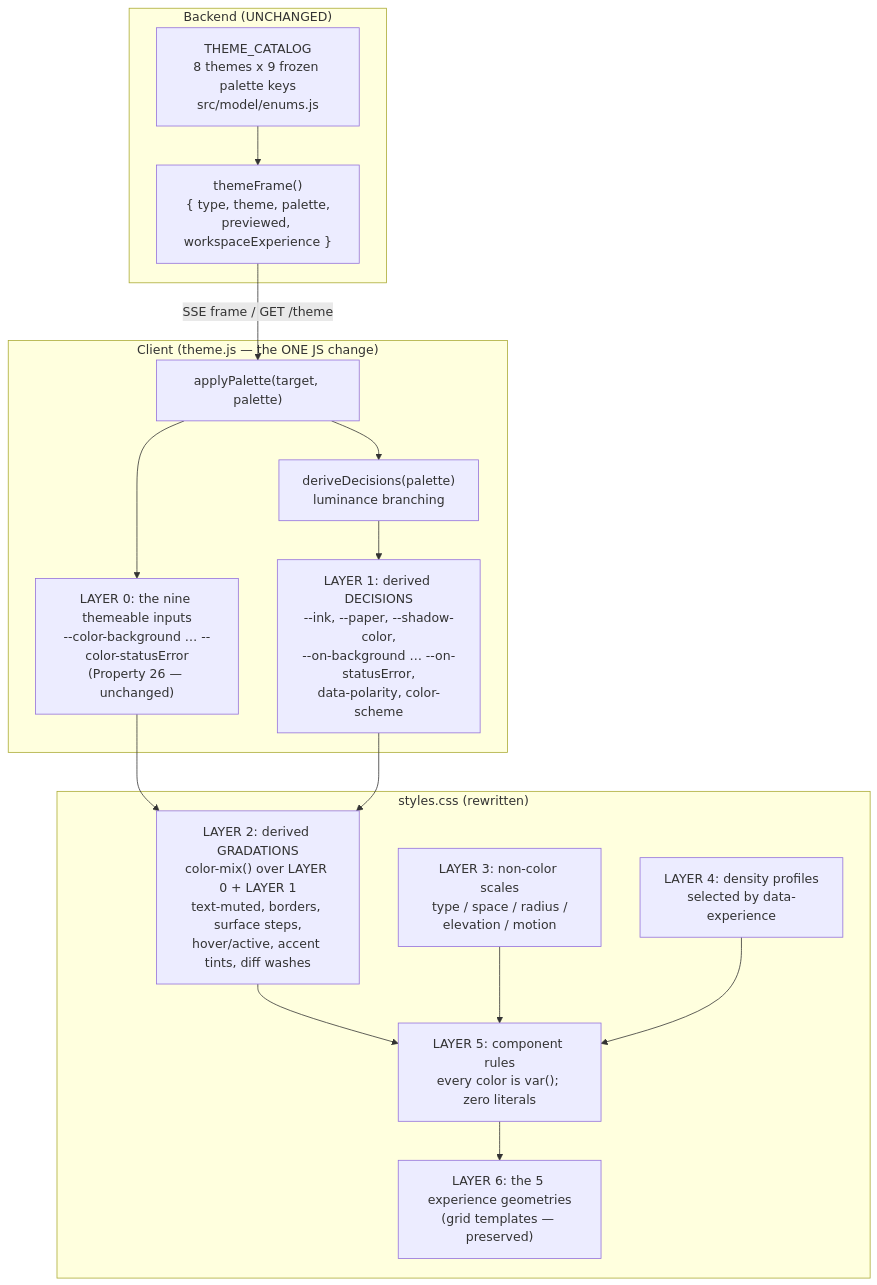
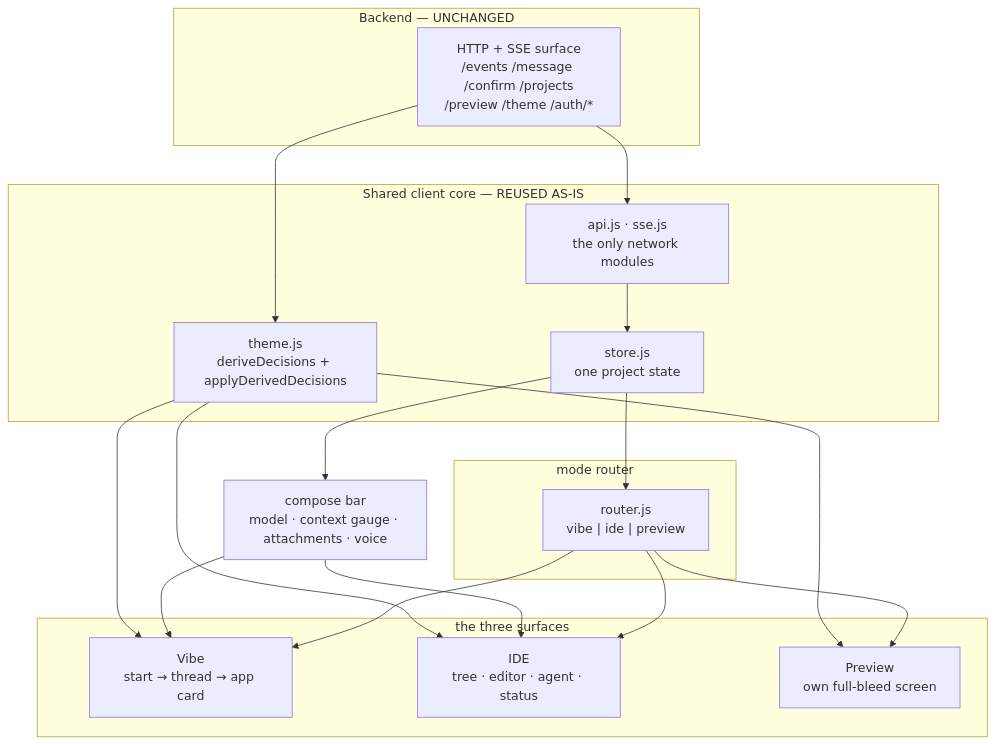
One commit to 2c2bhdhw9z-cell/ai-app-builder changed the diagram in .kiro/specs/ui-redesign/design.md. Above: the diagram before and after it, drawn with Mermaid. The commit also changed other lines of this file and 67 other files, not shown here.

````diff
--- a/.kiro/specs/ui-redesign/design.md
+++ b/.kiro/specs/ui-redesign/design.md
@@ -159,33 +18,37 @@
 ```mermaid
 graph TD
-    subgraph Backend["Backend (UNCHANGED)"]
-        Cat["THEME_CATALOG<br/>8 themes x 9 frozen palette keys<br/>src/model/enums.js"]
-        Frame["themeFrame()<br/>{ type, theme, palette,<br/>previewed, workspaceExperience }"]
-        Cat --> Frame
+    subgraph Backend["Backend — UNCHANGED"]
+        EP["HTTP + SSE surface<br/>/events /message /confirm /projects<br/>/preview /theme /auth/*"]
     end
 
-    subgraph Client["Client (theme.js — the ONE JS change)"]
-        Apply["applyPalette(target, palette)"]
-        Nine["LAYER 0: the nine themeable inputs<br/>--color-background … --color-statusError<br/>(Property 26 — unchanged)"]
-        Decide["deriveDecisions(palette)<br/>luminance branching"]
-        Anchors["LAYER 1: derived DECISIONS<br/>--ink, --paper, --shadow-color,<br/>--on-background … --on-statusError,<br/>data-polarity, color-scheme"]
-        Apply --> Nine
-        Apply --> Decide --> Anchors
+    subgraph Shared["Shared client core — REUSED AS-IS"]
+        ST["store.js<br/>one project state"]
+        API["api.js · sse.js<br/>the only network modules"]
+        TH["theme.js<br/>deriveDecisions + applyDerivedDecisions"]
     end
 
-    subgraph Sheet["styles.css (rewritten)"]
-        Grad["LAYER 2: derived GRADATIONS<br/>color-mix() over LAYER 0 + LAYER 1<br/>text-muted, borders, surface steps,<br/>hover/active, accent tints, diff washes"]
-        Scales["LAYER 3: non-color scales<br/>type / space / radius /<br/>elevation / motion"]
-        Rhythm["LAYER 4: density profiles<br/>selected by data-experience"]
-        Rules["LAYER 5: component rules<br/>every color is var(); zero literals"]
-        Geo["LAYER 6: the 5 experience geometries<br/>(grid templates — preserved)"]
-        Grad --> Rules
-        Scales --> Rules
-        Rhythm --> Rules
-        Rules --> Geo
+    subgraph Router["mode router"]
+        R["router.js<br/>vibe | ide | preview"]
     end
 
-    Frame -->|SSE frame / GET /theme| Apply
-    Nine --> Grad
-    Anchors --> Grad
+    subgraph Surfaces["the three surfaces"]
+        V["Vibe<br/>start → thread → app card"]
+        I["IDE<br/>tree · editor · agent · status"]
+        P["Preview<br/>own full-bleed screen"]
+    end
+
+    CB["compose bar<br/>model · context gauge · attachments · voice"]
+
+    EP --> API --> ST
+    EP --> TH
+    ST --> R
+    R --> V
+    R --> I
+    R --> P
+    CB --> V
+    CB --> I
+    ST --> CB
+    TH --> V
+    TH --> I
+    TH --> P
 ```
````
